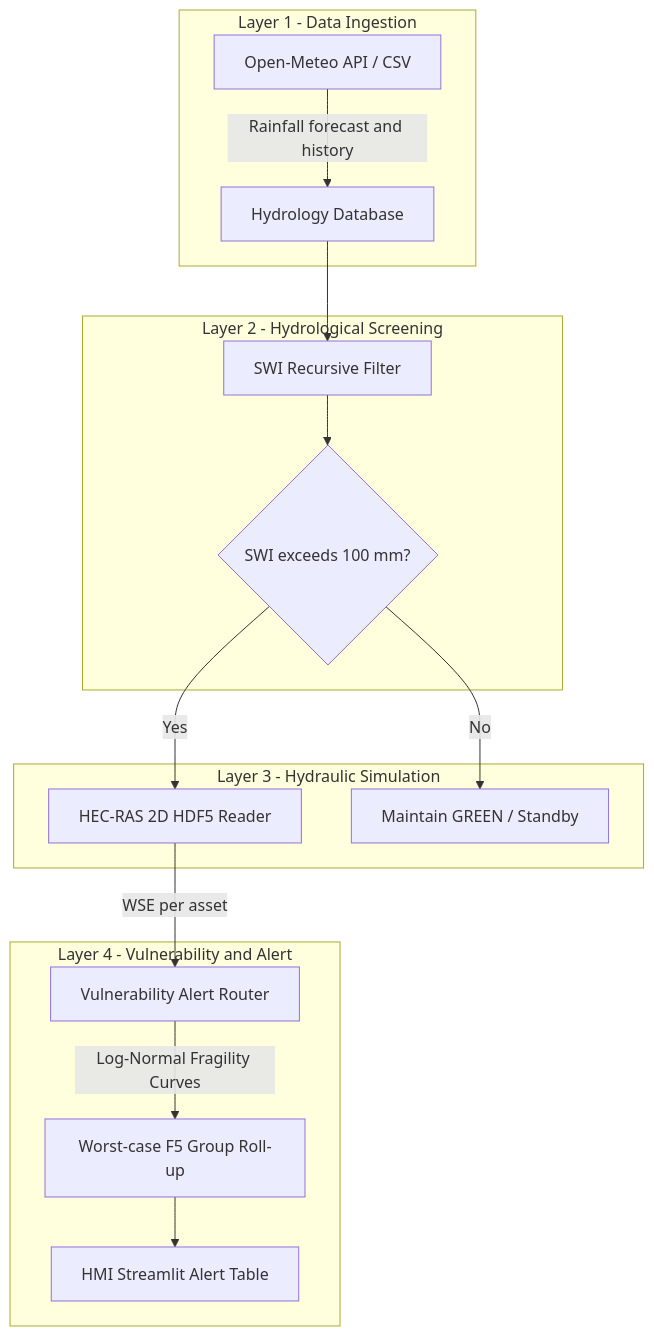
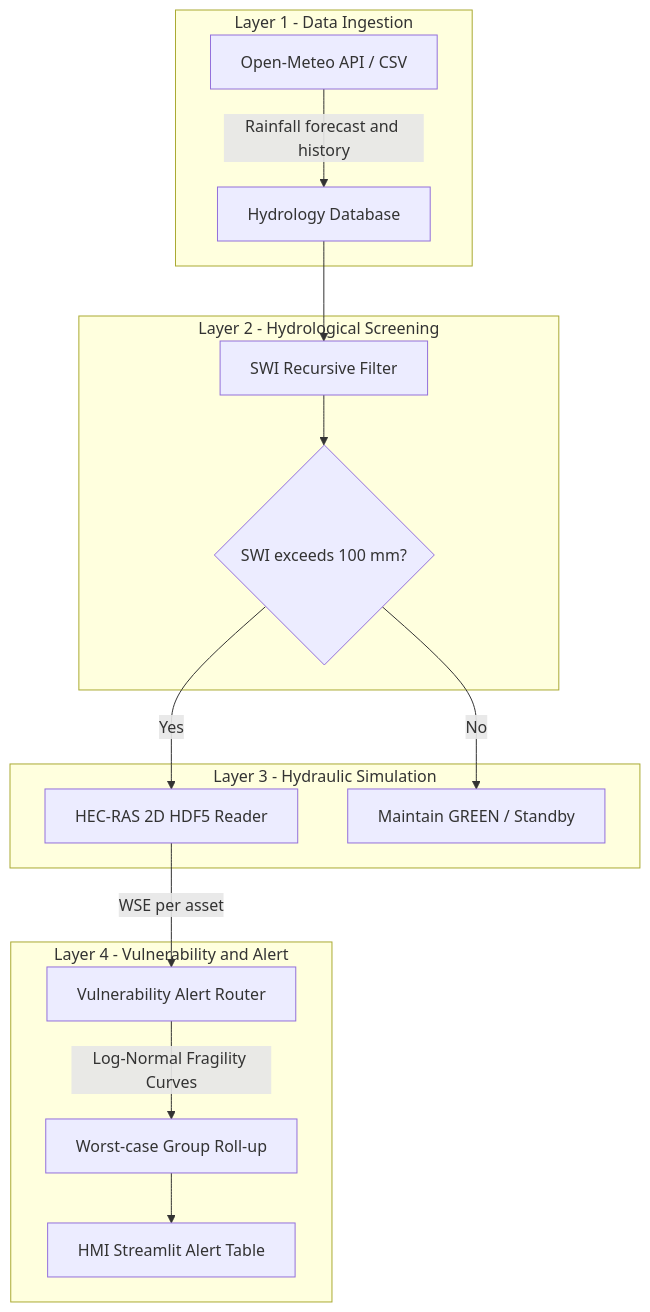
One commit to tinluan/railway-flood-twin changed the second of 9 diagrams in report/drafts/final_report_template.md. Above: the diagram before and after it, drawn with Mermaid. The commit also changed other lines of this file, not shown here.

Commit message:
docs: finalize final report template by replacing legacy F5 references with Group-Based terms

````diff
--- a/report/drafts/final_report_template.md
+++ b/report/drafts/final_report_template.md
@@ -205,22 +205,22 @@
 ```mermaid
 graph TD
     subgraph "Layer 1 - Data Ingestion"
         A["Open-Meteo API / CSV"] -->|"Rainfall forecast and history"| B["Hydrology Database"]
     end
 
     subgraph "Layer 2 - Hydrological Screening"
         B --> C["SWI Recursive Filter"]
         C --> D{"SWI exceeds 100 mm?"}
     end
 
     subgraph "Layer 3 - Hydraulic Simulation"
         D -- Yes --> E["HEC-RAS 2D HDF5 Reader"]
         D -- No --> F["Maintain GREEN / Standby"]
     end
 
     subgraph "Layer 4 - Vulnerability and Alert"
         E -->|"WSE per asset"| G["Vulnerability Alert Router"]
-        G -->|"Log-Normal Fragility Curves"| H["Worst-case F5 Group Roll-up"]
+        G -->|"Log-Normal Fragility Curves"| H["Worst-case Group Roll-up"]
         H --> I["HMI Streamlit Alert Table"]
     end
 ```
````
